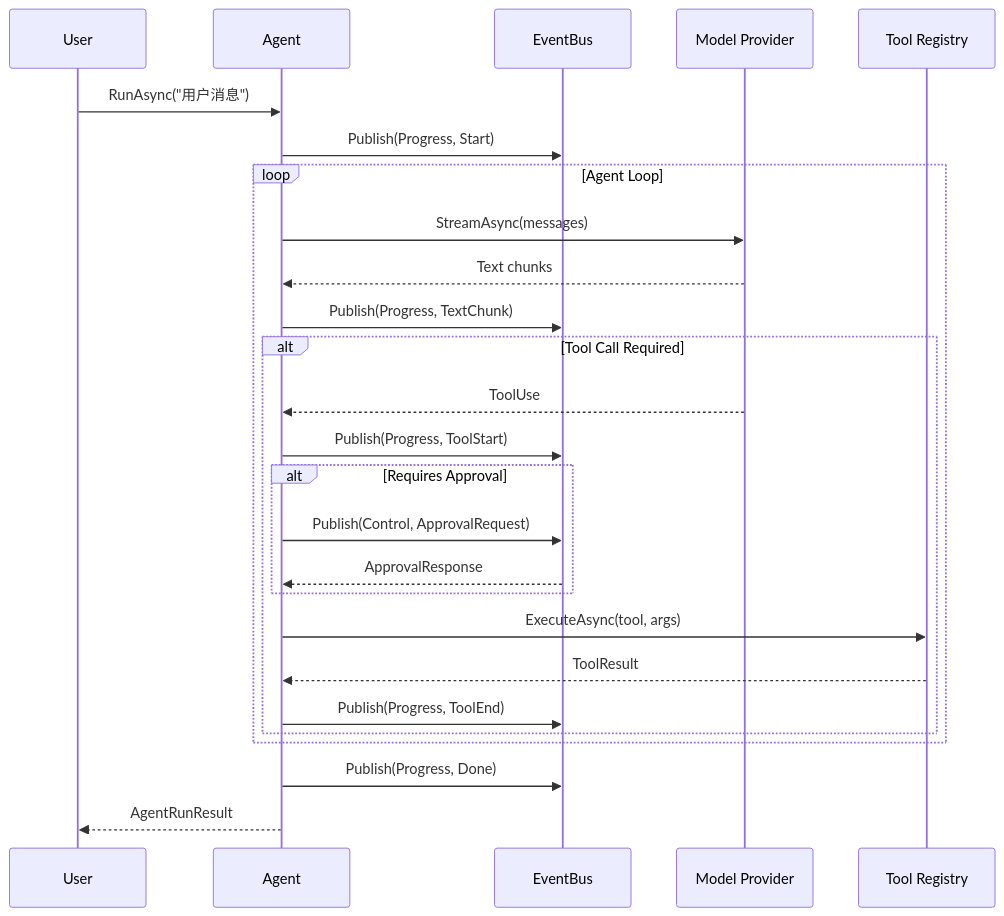
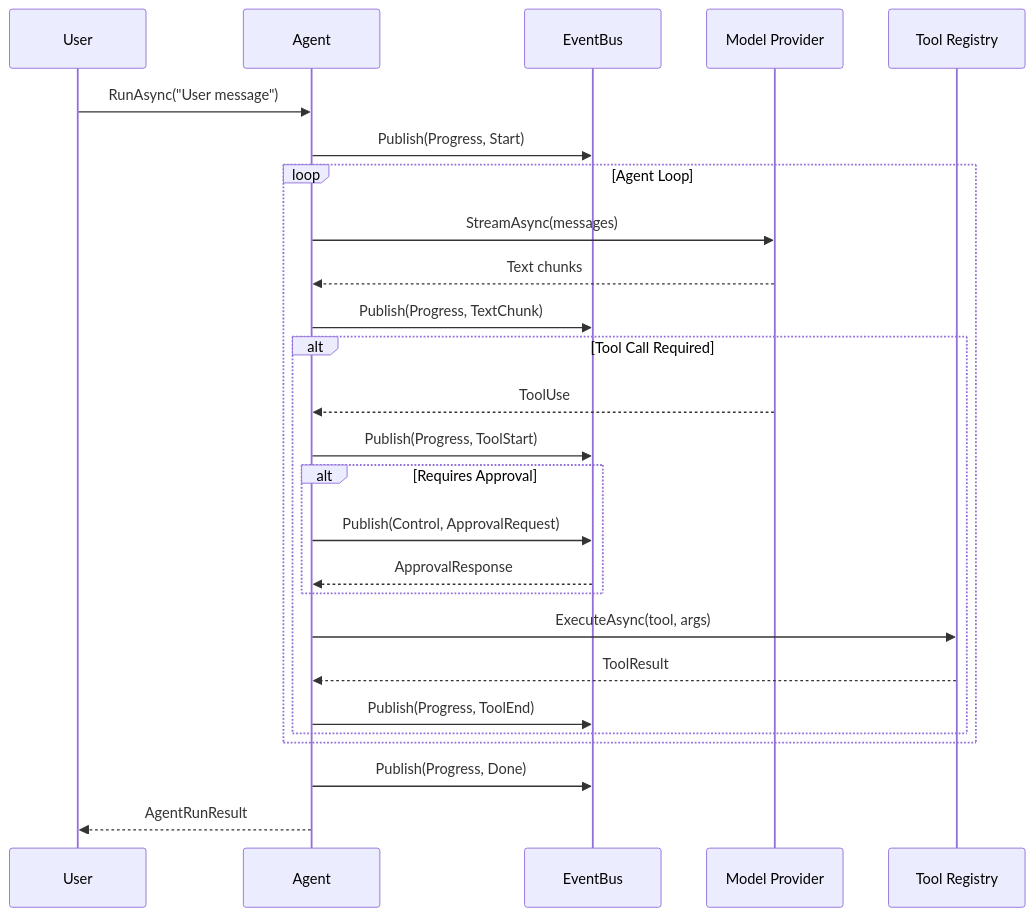
One commit to yuefanliang/kode-sdk-csharp changed the second of 3 diagrams in README.md. Above: the diagram before and after it, drawn with Mermaid. The commit also changed other lines of this file and 86 other files, not shown here.

First line of the commit message:
feat: add skills system and refactor assistant architecture

````diff
--- a/README.md
+++ b/README.md
@@ -126,34 +126,34 @@
 ```mermaid
 sequenceDiagram
     participant User
     participant Agent
     participant EventBus
     participant Provider as Model Provider
     participant Tools as Tool Registry
 
-    User->>Agent: RunAsync("用户消息")
+    User->>Agent: RunAsync("User message")
     Agent->>EventBus: Publish(Progress, Start)
 
     loop Agent Loop
         Agent->>Provider: StreamAsync(messages)
         Provider-->>Agent: Text chunks
         Agent->>EventBus: Publish(Progress, TextChunk)
 
         alt Tool Call Required
             Provider-->>Agent: ToolUse
             Agent->>EventBus: Publish(Progress, ToolStart)
 
             alt Requires Approval
                 Agent->>EventBus: Publish(Control, ApprovalRequest)
                 EventBus-->>Agent: ApprovalResponse
             end
 
             Agent->>Tools: ExecuteAsync(tool, args)
             Tools-->>Agent: ToolResult
             Agent->>EventBus: Publish(Progress, ToolEnd)
         end
     end
 
     Agent->>EventBus: Publish(Progress, Done)
     Agent-->>User: AgentRunResult
 ```
````
